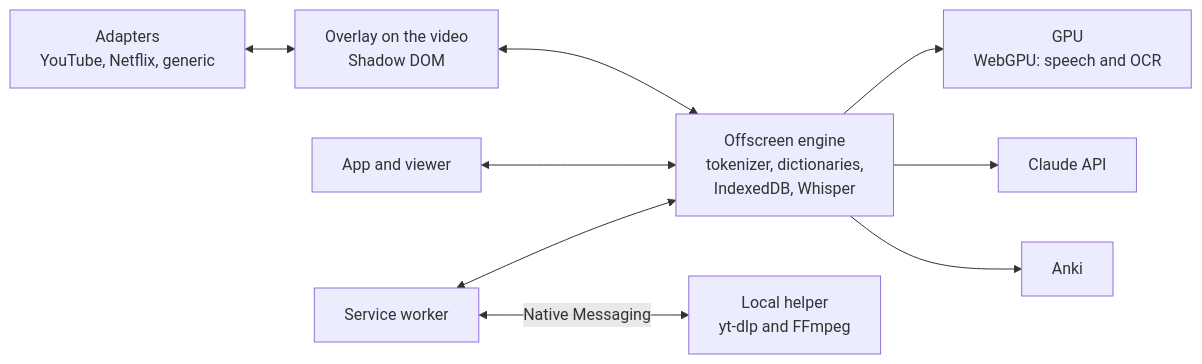
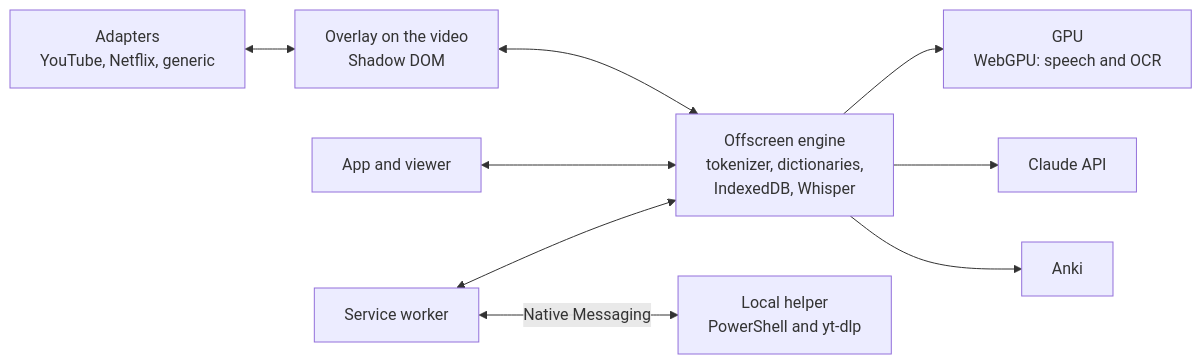
One commit to Eliam4510/kotonoha changed the second of 2 diagrams in README.en.md. Above: the diagram before and after it, drawn with Mermaid. The commit also changed other lines of this file and 83 other files, not shown here.

````diff
--- a/README.en.md
+++ b/README.en.md
@@ -166,11 +168,11 @@
 ```mermaid
 flowchart LR
   P["Adapters<br/>YouTube, Netflix, generic"] <--> C["Overlay on the video<br/>Shadow DOM"]
   C <--> M["Offscreen engine<br/>tokenizer, dictionaries,<br/>IndexedDB, Whisper"]
   A["App and viewer"] <--> M
   M --> G["GPU<br/>WebGPU: speech and OCR"]
   M --> CL["Claude API"]
   M --> AN["Anki"]
   S["Service worker"] <--> M
-  S <-->|Native Messaging| H["Local helper<br/>yt-dlp and FFmpeg"]
+  S <-->|Native Messaging| H["Local helper<br/>PowerShell and yt-dlp"]
 ```
````
